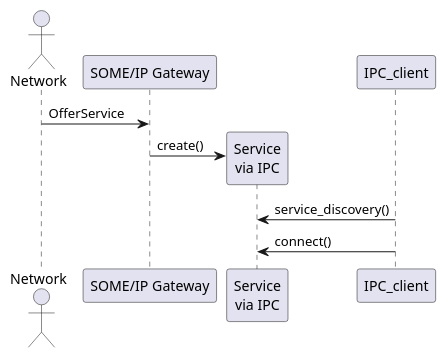
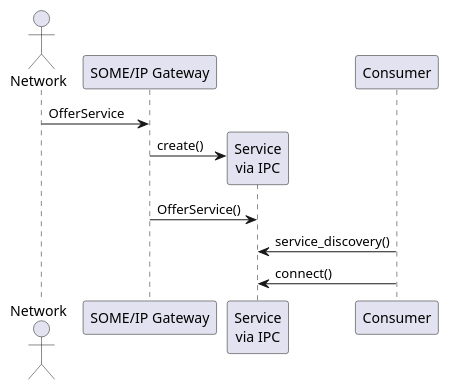
One commit to ZoranCutura/score changed the third of 6 diagrams in docs/features/communication/some_ip_gateway/service_discovery/index.rst. Above: the diagram before and after it, drawn with PlantUML. The commit also changed other lines of this file, not shown here.

```diff
--- a/docs/features/communication/some_ip_gateway/service_discovery/index.rst
+++ b/docs/features/communication/some_ip_gateway/service_discovery/index.rst
@@ -103,14 +103,15 @@
 .. uml::
    :alt: Gateway receives OfferService from the network
 
    @startuml
    actor "Network" as Network
    participant "SOME/IP Gateway" as Someipgateway
    participant "Service\nvia IPC" as Service
-   participant "IPC_client" as IPC_client
+   participant "Consumer" as IPC_client
 
    Network -> Someipgateway: OfferService
    Someipgateway -> Service ** : create()
+   Someipgateway -> Service: OfferService()
    IPC_client -> Service: service_discovery()
    IPC_client -> Service: connect()
    @enduml
```
